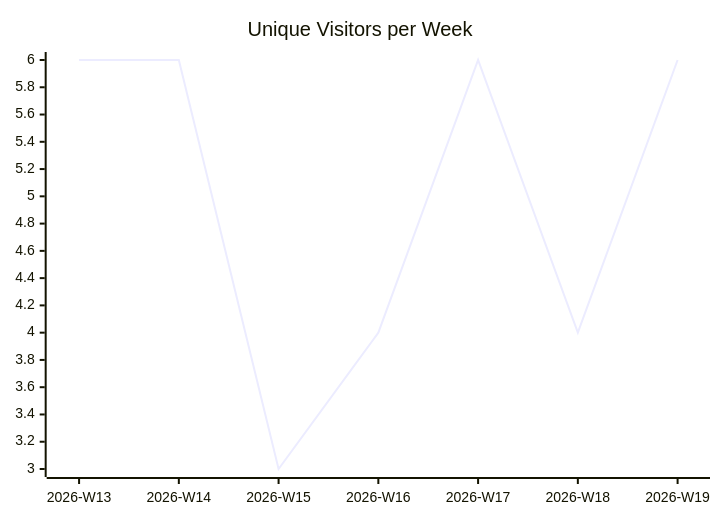
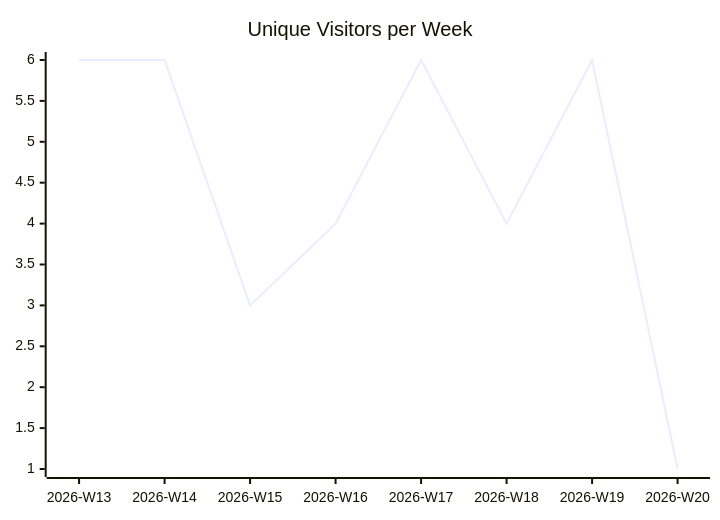
One commit to justdavis-family/github-analytics-data changed the first of 3 diagrams in karlmdavis/ksoap2-android/README.md. Above: the diagram before and after it, drawn with Mermaid. The commit also changed other lines of this file and 190 other files, not shown here.

````diff
--- a/karlmdavis/ksoap2-android/README.md
+++ b/karlmdavis/ksoap2-android/README.md
@@ -5,6 +5,6 @@
 ```mermaid
 xychart-beta
   title "Unique Visitors per Week"
-  x-axis ["2026-W13", "2026-W14", "2026-W15", "2026-W16", "2026-W17", "2026-W18", "2026-W19"]
-  line [6, 6, 3, 4, 6, 4, 6]
+  x-axis ["2026-W13", "2026-W14", "2026-W15", "2026-W16", "2026-W17", "2026-W18", "2026-W19", "2026-W20"]
+  line [6, 6, 3, 4, 6, 4, 6, 1]
 ```
````
